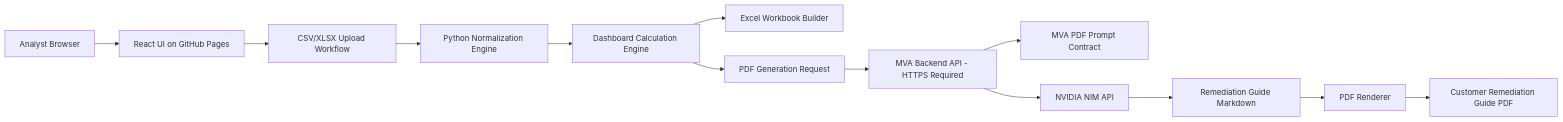
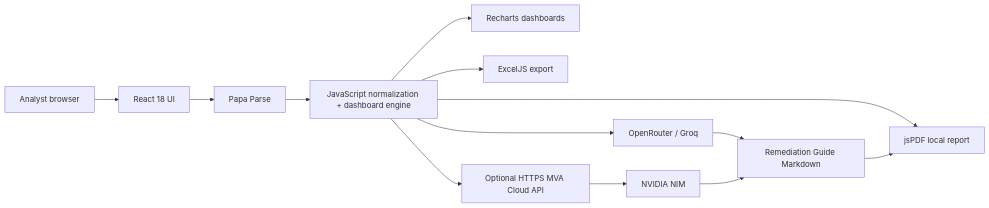
The diagram in docs/ARCHITECTURE_AND_STACK.md (DrHayabusa/unified-tool), drawn with Mermaid before and after one commit. The commit also changed other lines of this file and 33 other files, not shown here.

Commit message:
Finalize MVA cloud reports and release artifacts (#2)

````diff
--- a/docs/ARCHITECTURE_AND_STACK.md
+++ b/docs/ARCHITECTURE_AND_STACK.md
@@ -62,15 +7,15 @@
 ```mermaid
 flowchart LR
-  Analyst["Analyst Browser"] --> Frontend["React UI on GitHub Pages"]
-  Frontend --> Upload["CSV/XLSX Upload Workflow"]
-  Upload --> Normalize["Python Normalization Engine"]
-  Normalize --> Dashboard["Dashboard Calculation Engine"]
-  Dashboard --> Excel["Excel Workbook Builder"]
-  Dashboard --> PdfRequest["PDF Generation Request"]
-  PdfRequest --> Backend["MVA Backend API - HTTPS Required"]
-  Backend --> Prompt["MVA PDF Prompt Contract"]
-  Backend --> Nvidia["NVIDIA NIM API"]
-  Nvidia --> Markdown["Remediation Guide Markdown"]
-  Markdown --> PdfRenderer["PDF Renderer"]
-  PdfRenderer --> FinalPdf["Customer Remediation Guide PDF"]
+  Browser["Analyst browser"] --> React["React 18 UI"]
+  React --> CSV["Papa Parse"]
+  CSV --> Engine["JavaScript normalization + dashboard engine"]
+  Engine --> Charts["Recharts dashboards"]
+  Engine --> XLSX["ExcelJS export"]
+  Engine --> LocalPDF["jsPDF local report"]
+  Engine --> Compatible["OpenRouter / Groq"]
+  Engine --> MVAAPI["Optional HTTPS MVA Cloud API"]
+  MVAAPI --> NVIDIA["NVIDIA NIM"]
+  Compatible --> Markdown["Remediation Guide Markdown"]
+  NVIDIA --> Markdown
+  Markdown --> LocalPDF
 ```
````
